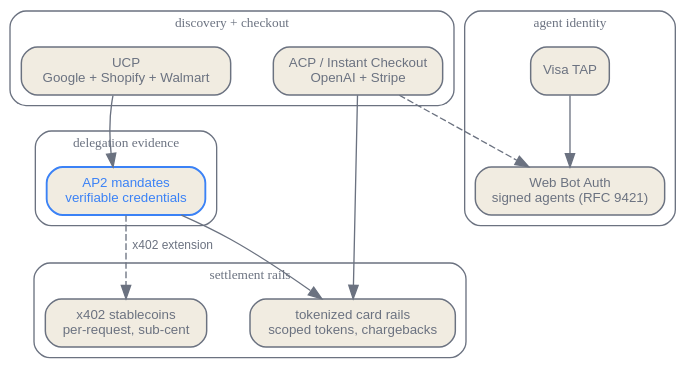
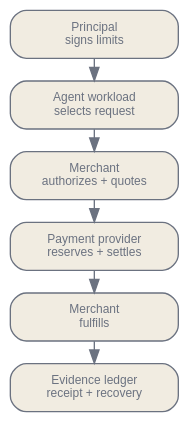
The diagram in en/ecosystem/08-agent-economy.qmd (latere-ai/ai-as-an-infrastructure), drawn with Graphviz before and after one commit. The commit also changed other lines of this file and 3 other files, not shown here.

````diff
--- a/en/ecosystem/08-agent-economy.qmd
+++ b/en/ecosystem/08-agent-economy.qmd
@@ -39,40 +165,27 @@
 ```{dot}
 //| label: fig-agent-economy-landscape
-//| fig-cap: "The 2025-2026 protocol wave, sorted by which missing rail each supplies. Identity underneath, delegation evidence in the middle, settlement on two competing rails. No layer has a single owner, and the bridges (AP2's stablecoin extension, TAP's use of Web Bot Auth) connect camps rather than merge them."
-digraph landscape {
+//| fig-cap: "A paying agent crosses separate authorization, payment, and fulfillment decisions. Each transition needs its own evidence and recovery path."
+digraph transaction {
   bgcolor="transparent";
   rankdir=TB;
-  nodesep=0.45; ranksep=0.5;
-  node [shape=box, style="rounded,filled", fontname="Helvetica", fontsize=10, color="#6b7280", fontcolor="#6b7280", fillcolor="#f1ece1", penwidth=1.1];
-  edge [fontsize=9, fontname="Helvetica", color="#6b7280", fontcolor="#6b7280"];
+  nodesep=0.12;
+  ranksep=0.24;
+  node [shape=box, style="rounded,filled", fontname="Helvetica", fontsize=9,
+        color="#6b7280", fontcolor="#6b7280", fillcolor="#f1ece1",
+        margin="0.10,0.07", width=1.75];
+  edge [fontname="Helvetica", fontsize=8, color="#6b7280"];
 
-  subgraph cluster_checkout {
-    label="discovery + checkout";
-    style=rounded; color="#6b7280"; fontcolor="#6b7280"; fontsize=10;
-    ucp [label="UCP\nGoogle + Shopify + Walmart"];
-    acp [label="ACP / Instant Checkout\nOpenAI + Stripe"];
-  }
-  subgraph cluster_mandate {
-    label="delegation evidence";
-    style=rounded; color="#6b7280"; fontcolor="#6b7280"; fontsize=10;
-    ap2 [label="AP2 mandates\nverifiable credentials", color="#3b82f6", fontcolor="#3b82f6", penwidth=1.4];
-  }
-  subgraph cluster_identity {
-    label="agent identity";
-    style=rounded; color="#6b7280"; fontcolor="#6b7280"; fontsize=10;
-    wba [label="Web Bot Auth\nsigned agents (RFC 9421)"];
-    tap [label="Visa TAP"];
-  }
-  subgraph cluster_rails {
-    label="settlement rails";
-    style=rounded; color="#6b7280"; fontcolor="#6b7280"; fontsize=10;
-    cards [label="tokenized card rails\nscoped tokens, chargebacks"];
-    x402  [label="x402 stablecoins\nper-request, sub-cent"];
-  }
+  principal [label="Principal\nsigns limits"];
+  agent [label="Agent workload\nselects request"];
+  merchant [label="Merchant\nauthorizes + quotes"];
+  payment [label="Payment provider\nreserves + settles"];
+  delivery [label="Merchant\nfulfills"];
+  ledger [label="Evidence ledger\nreceipt + recovery"];
 
-  ucp -> ap2; acp -> cards;
-  ap2 -> cards; ap2 -> x402 [label="x402 extension", style=dashed];
-  tap -> wba;
-  acp -> wba [style=dashed]; ucp -> ap2 [style=invis];
+  principal -> agent;
+  agent -> merchant;
+  merchant -> payment;
+  payment -> delivery;
+  delivery -> ledger;
 }
 ```
````
